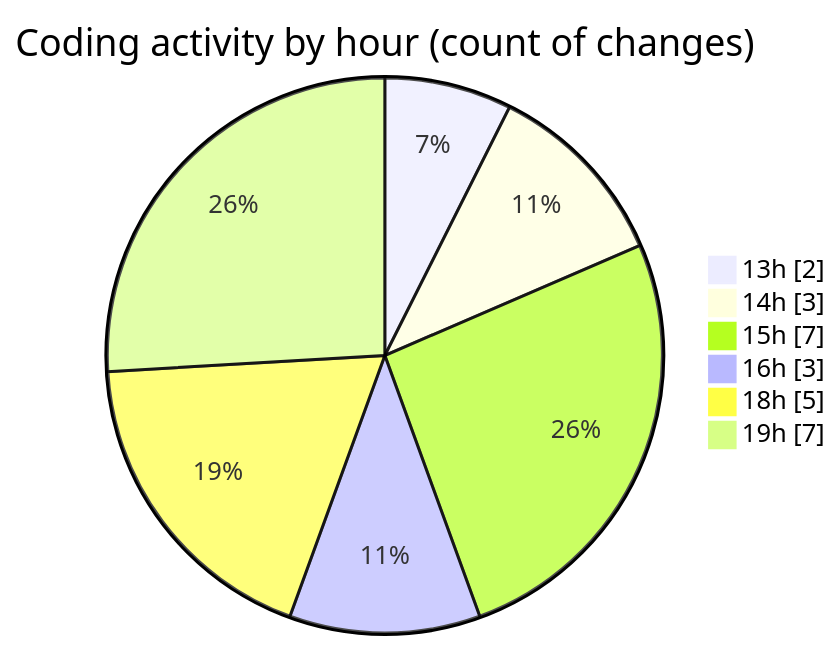
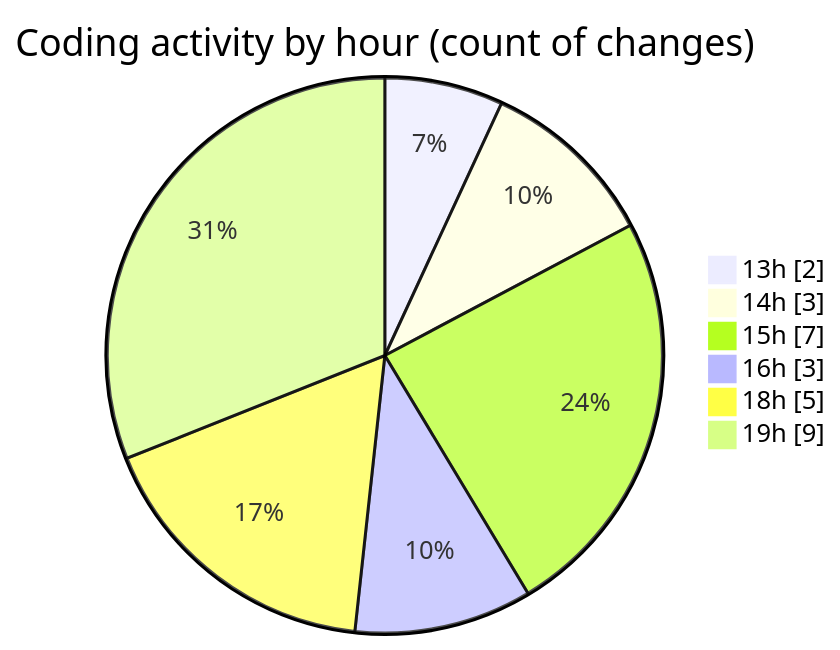
Before and after one commit to julien-gomy/code-tracking: the second of 2 diagrams in 2025-11-14/cdp_aleoudev_fr__workspace_/README.md, drawn with Mermaid. The commit also changed other lines of this file and 1 other file, not shown here.

````diff
--- a/2025-11-14/cdp_aleoudev_fr__workspace_/README.md
+++ b/2025-11-14/cdp_aleoudev_fr__workspace_/README.md
@@ -40,10 +41,10 @@
 ```mermaid
 pie showData
 title Coding activity by hour (count of changes)
 "13h" : 2
 "14h" : 3
 "15h" : 7
 "16h" : 3
 "18h" : 5
-"19h" : 7
+"19h" : 9
 ```
````
